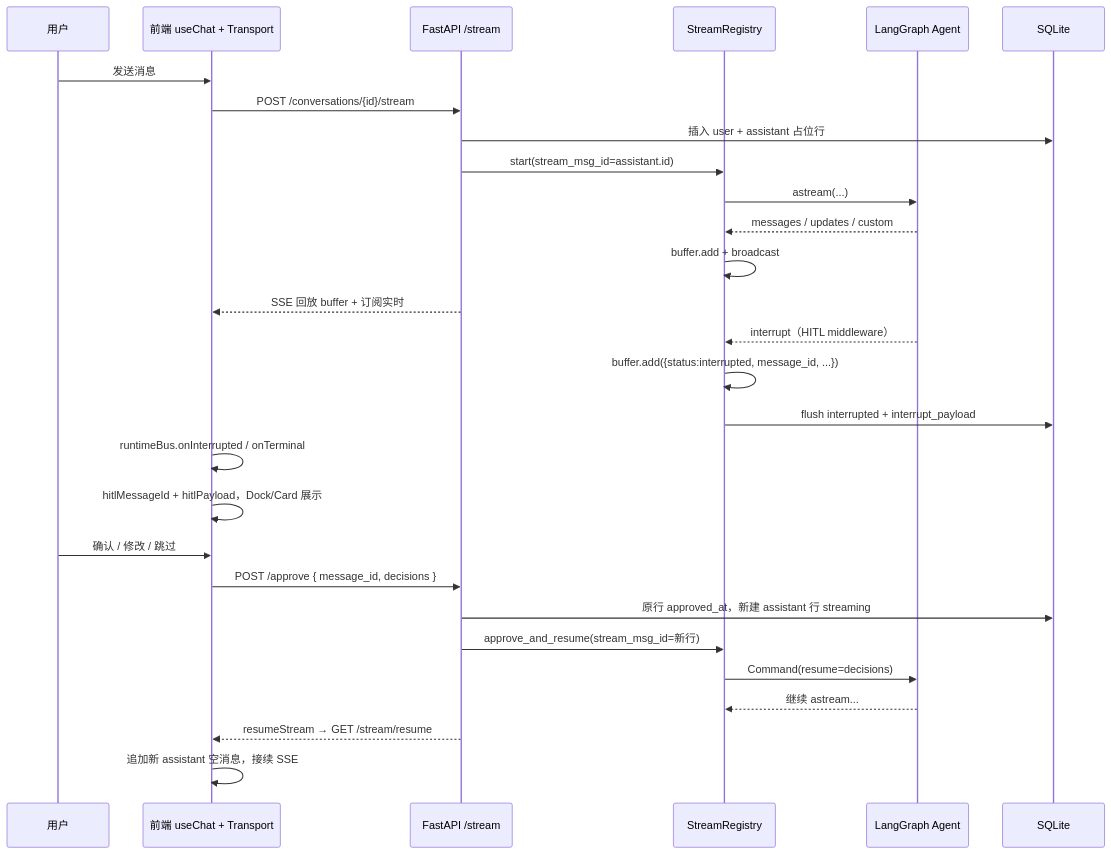
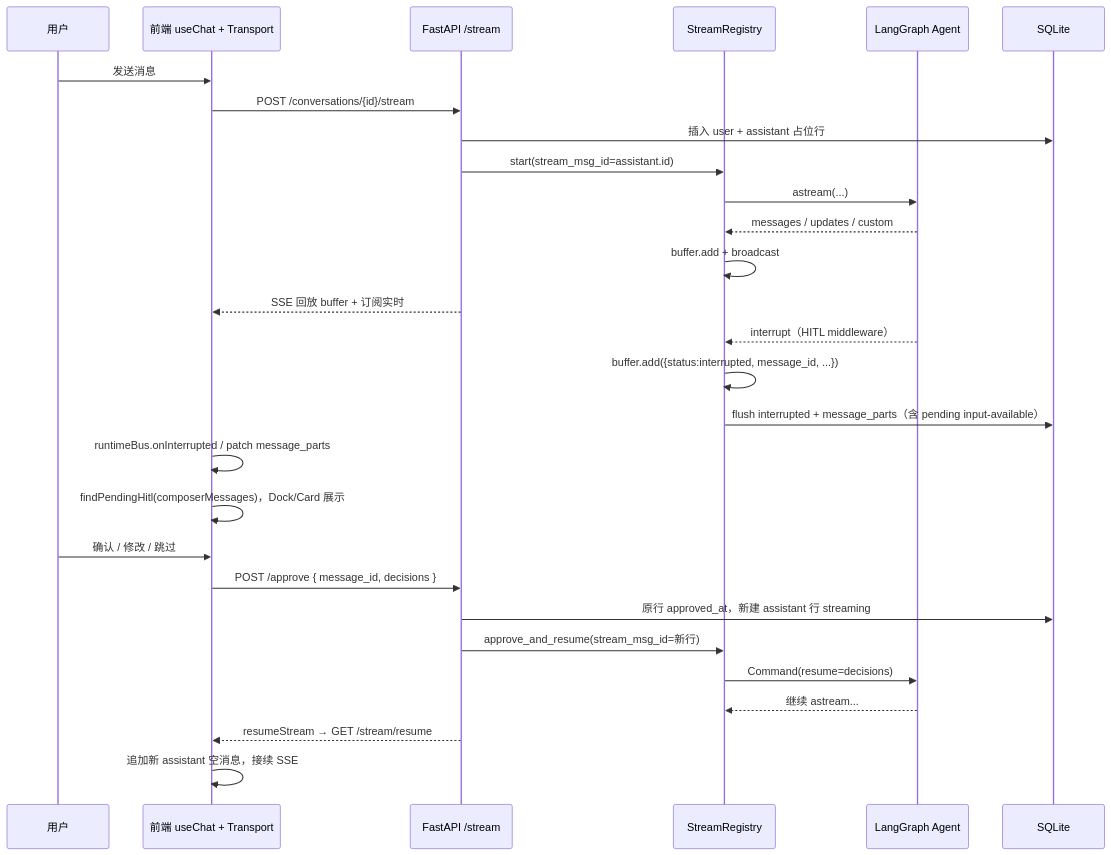
The second of 2 diagrams in apps/server/docs/hitl-architecture.md (rzx007/digital-employe-client-web-m), drawn with Mermaid before and after one commit. The commit also changed other lines of this file and 23 other files, not shown here.

First line of the commit message:
feat(hitl): 重构 HITL pending parts 数据结构

````diff
--- a/apps/server/docs/hitl-architecture.md
+++ b/apps/server/docs/hitl-architecture.md
@@ -74,33 +105,33 @@
 ```mermaid
 sequenceDiagram
   participant U as 用户
   participant FE as 前端 useChat + Transport
   participant API as FastAPI /stream
   participant REG as StreamRegistry
   participant AG as LangGraph Agent
   participant DB as SQLite
 
   U->>FE: 发送消息
   FE->>API: POST /conversations/{id}/stream
   API->>DB: 插入 user + assistant 占位行
   API->>REG: start(stream_msg_id=assistant.id)
   REG->>AG: astream(...)
   AG-->>REG: messages / updates / custom
   REG->>REG: buffer.add + broadcast
   API-->>FE: SSE 回放 buffer + 订阅实时
 
   AG-->>REG: interrupt（HITL middleware）
   REG->>REG: buffer.add({status:interrupted, message_id, ...})
-  REG->>DB: flush interrupted + interrupt_payload
-  FE->>FE: runtimeBus.onInterrupted / onTerminal
-  FE->>FE: hitlMessageId + hitlPayload，Dock/Card 展示
+  REG->>DB: flush interrupted + message_parts（含 pending input-available）
+  FE->>FE: runtimeBus.onInterrupted / patch message_parts
+  FE->>FE: findPendingHitl(composerMessages)，Dock/Card 展示
 
   U->>FE: 确认 / 修改 / 跳过
   FE->>API: POST /approve { message_id, decisions }
   API->>DB: 原行 approved_at，新建 assistant 行 streaming
   API->>REG: approve_and_resume(stream_msg_id=新行)
   REG->>AG: Command(resume=decisions)
   AG-->>REG: 继续 astream...
   API-->>FE: resumeStream → GET /stream/resume
   FE->>FE: 追加新 assistant 空消息，接续 SSE
 ```
````
